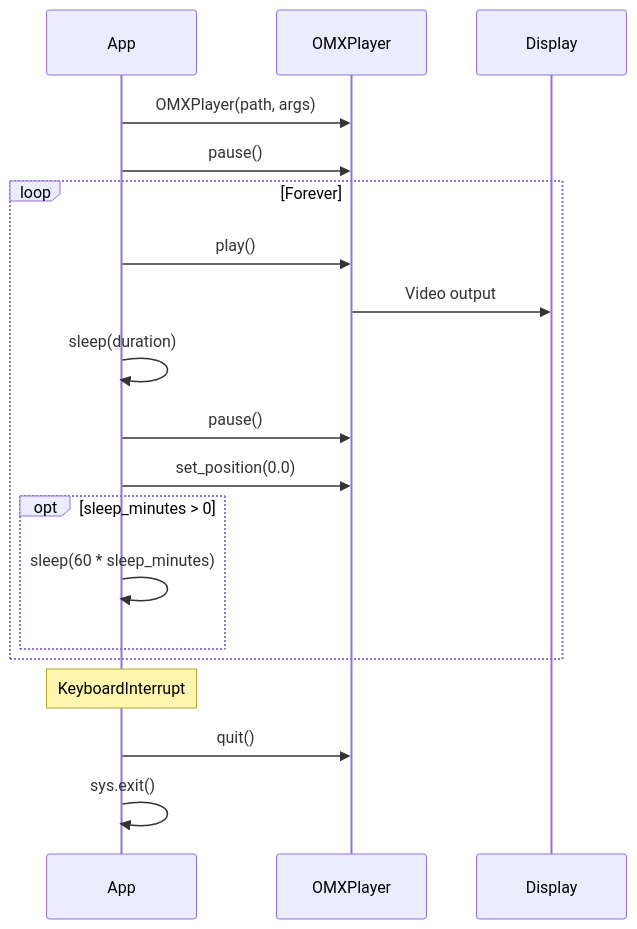
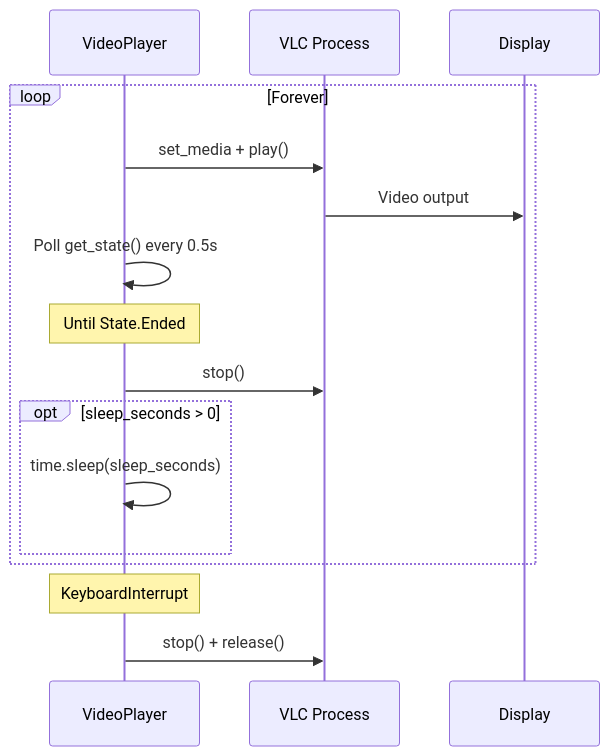
One commit to frankenwino/halloween_video_player_looper changed the second of 2 diagrams in .agents/summary/workflows.md. Above: the diagram before and after it, drawn with Mermaid. The commit also changed other lines of this file and 9 other files, not shown here.

````diff
--- a/.agents/summary/workflows.md
+++ b/.agents/summary/workflows.md
@@ -29,25 +29,20 @@
 ```mermaid
 sequenceDiagram
-    participant APP as App
-    participant OMX as OMXPlayer
+    participant VP as VideoPlayer
+    participant VLC as VLC Process
     participant HDMI as Display
 
-    APP->>OMX: OMXPlayer(path, args)
-    APP->>OMX: pause()
-    
     loop Forever
-        APP->>OMX: play()
-        OMX->>HDMI: Video output
-        APP->>APP: sleep(duration)
-        APP->>OMX: pause()
-        APP->>OMX: set_position(0.0)
-        
-        opt sleep_minutes > 0
-            APP->>APP: sleep(60 * sleep_minutes)
+        VP->>VLC: set_media + play()
+        VLC->>HDMI: Video output
+        VP->>VP: Poll get_state() every 0.5s
+        Note over VP: Until State.Ended
+        VP->>VLC: stop()
+        opt sleep_seconds > 0
+            VP->>VP: time.sleep(sleep_seconds)
         end
     end
 
-    Note over APP: KeyboardInterrupt
-    APP->>OMX: quit()
-    APP->>APP: sys.exit()
+    Note over VP: KeyboardInterrupt
+    VP->>VLC: stop() + release()
 ```
````
